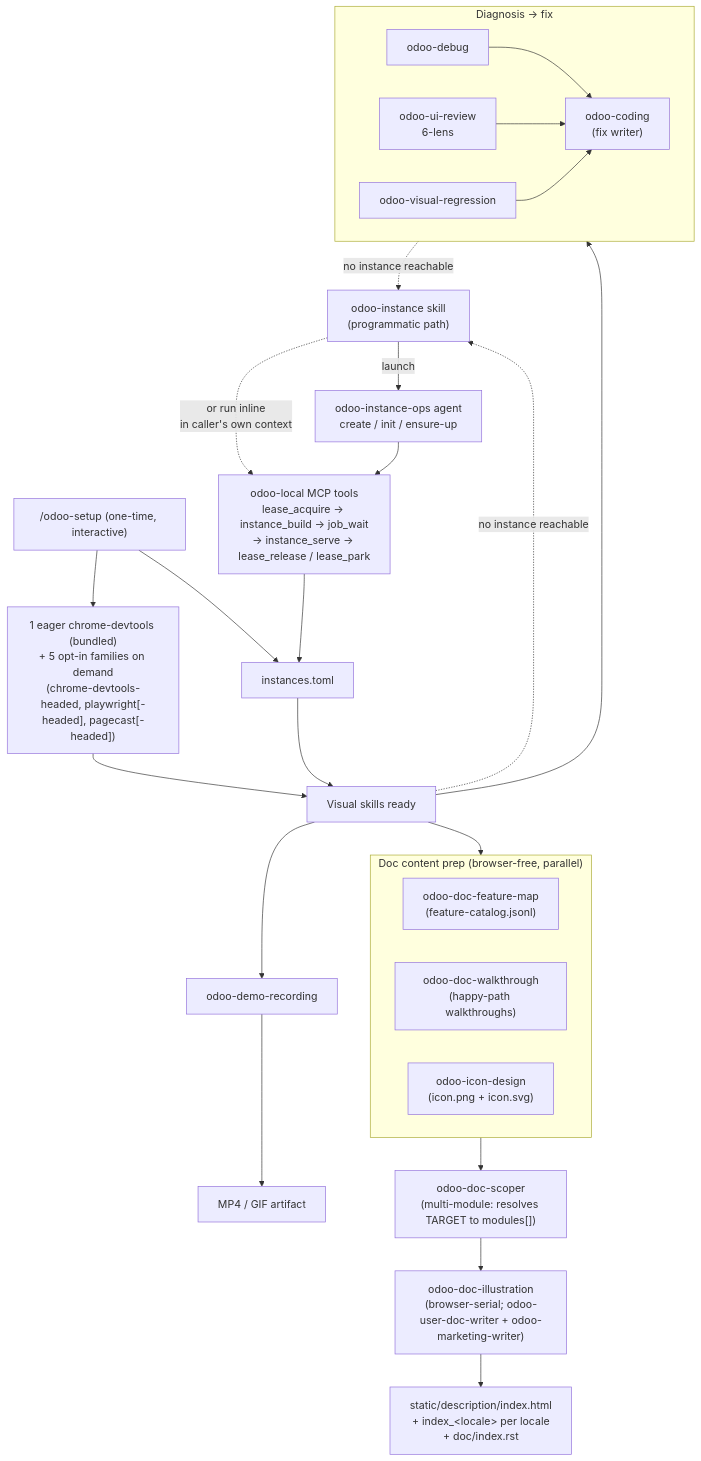
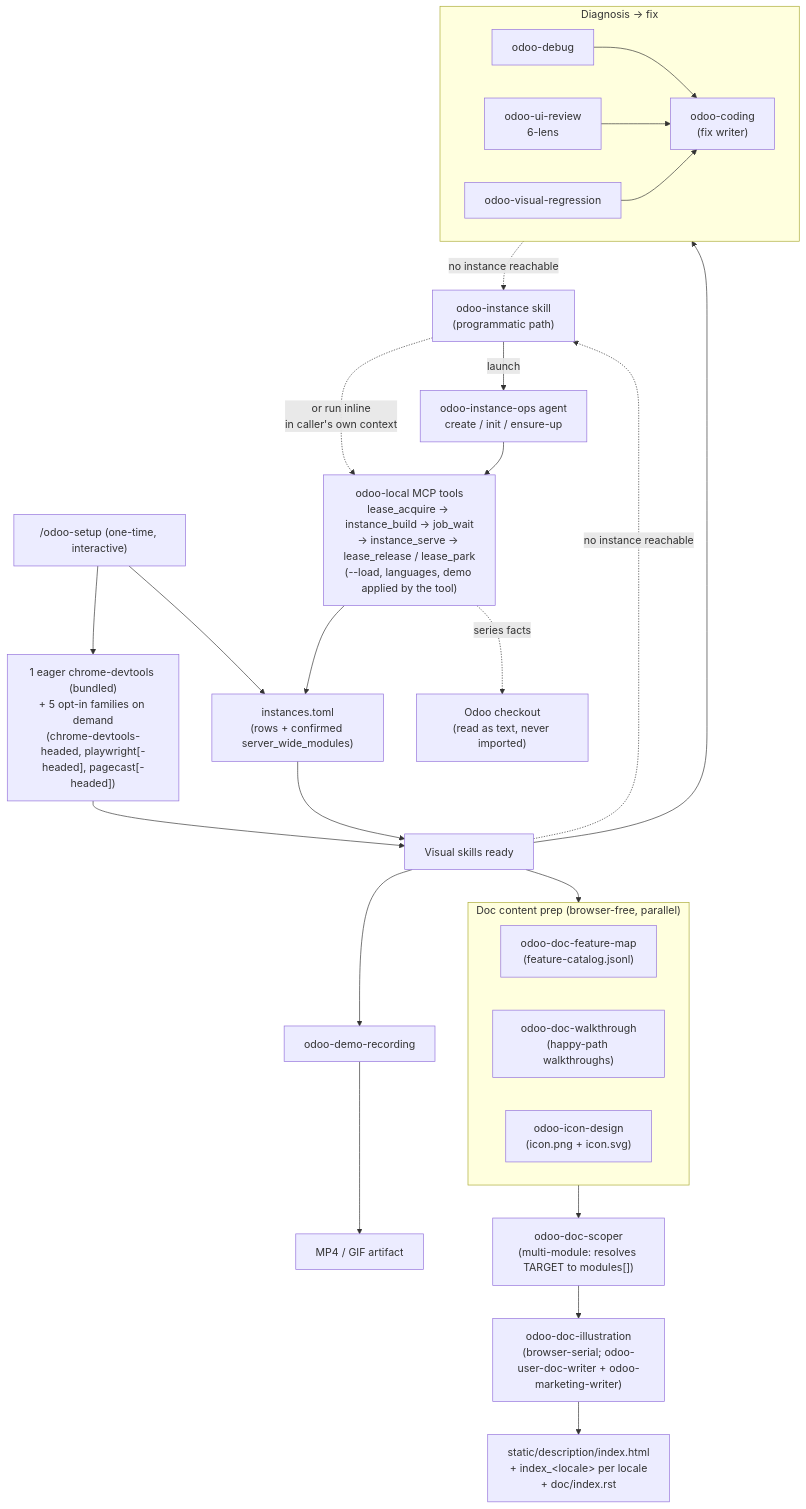
The fourth of 9 diagrams in plugins/odoo-ai-agents/README.md (Viindoo/odoo-mcp-client), drawn with Mermaid before and after one commit. The commit also changed other lines of this file and 148 other files, not shown here.

````diff
--- a/plugins/odoo-ai-agents/README.md
+++ b/plugins/odoo-ai-agents/README.md
@@ -350,39 +350,40 @@
 ```mermaid
 flowchart TD
     SETUP["/odoo-setup (one-time, interactive)"]
     SETUP --> MCPW["1 eager chrome-devtools (bundled)<br/>+ 5 opt-in families on demand<br/>(chrome-devtools-headed, playwright[-headed], pagecast[-headed])"]
-    SETUP --> CTX["instances.toml"]
+    SETUP --> CTX["instances.toml<br/>(rows + confirmed server_wide_modules)"]
 
     INST["odoo-instance skill<br/>(programmatic path)"]
     INST -->|"launch"| IOPS["odoo-instance-ops agent<br/>create / init / ensure-up"]
     INST -.->|"or run inline<br/>in caller's own context"| LOCAL
-    IOPS --> LOCAL["odoo-local MCP tools<br/>lease_acquire -> instance_build -> job_wait<br/>-> instance_serve -> lease_release / lease_park"]
+    IOPS --> LOCAL["odoo-local MCP tools<br/>lease_acquire -> instance_build -> job_wait<br/>-> instance_serve -> lease_release / lease_park<br/>(--load, languages, demo applied by the tool)"]
     LOCAL --> CTX
+    LOCAL -. "series facts" .-> SRC["Odoo checkout<br/>(read as text, never imported)"]
 
     MCPW --> SK["Visual skills ready"]
     CTX --> SK
 
     subgraph FIX_SKILLS["Diagnosis -> fix"]
         UID["odoo-debug"] --> FC["odoo-coding<br/>(fix writer)"]
         UIR["odoo-ui-review<br/>6-lens"] --> FC
         VR["odoo-visual-regression"] --> FC
     end
 
     SK --> FIX_SKILLS
     SK --> DR["odoo-demo-recording"]
     DR --> MEDIA["MP4 / GIF artifact"]
 
     subgraph DOC_PREP["Doc content prep (browser-free, parallel)"]
         FMP["odoo-doc-feature-map<br/>(feature-catalog.jsonl)"]
         WLK["odoo-doc-walkthrough<br/>(happy-path walkthroughs)"]
         ICN["odoo-icon-design<br/>(icon.png + icon.svg)"]
     end
 
     SK --> DOC_PREP
     DOC_PREP --> DOCSCOPER["odoo-doc-scoper<br/>(multi-module: resolves TARGET to modules[])"]
     DOCSCOPER --> DOCILL["odoo-doc-illustration<br/>(browser-serial; odoo-user-doc-writer + odoo-marketing-writer)"]
     DOCILL --> DOCOUT["static/description/index.html<br/>+ index_&lt;locale&gt; per locale<br/>+ doc/index.rst"]
 
     FIX_SKILLS -. "no instance reachable" .-> INST
     SK -. "no instance reachable" .-> INST
 ```
````
